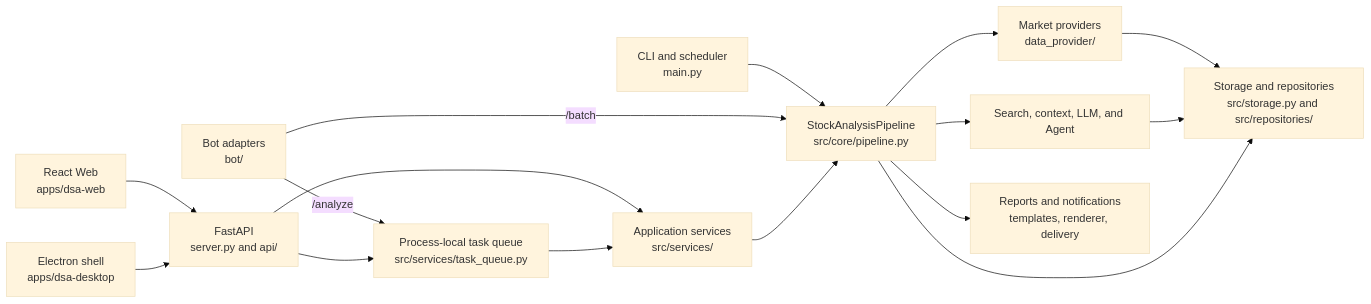
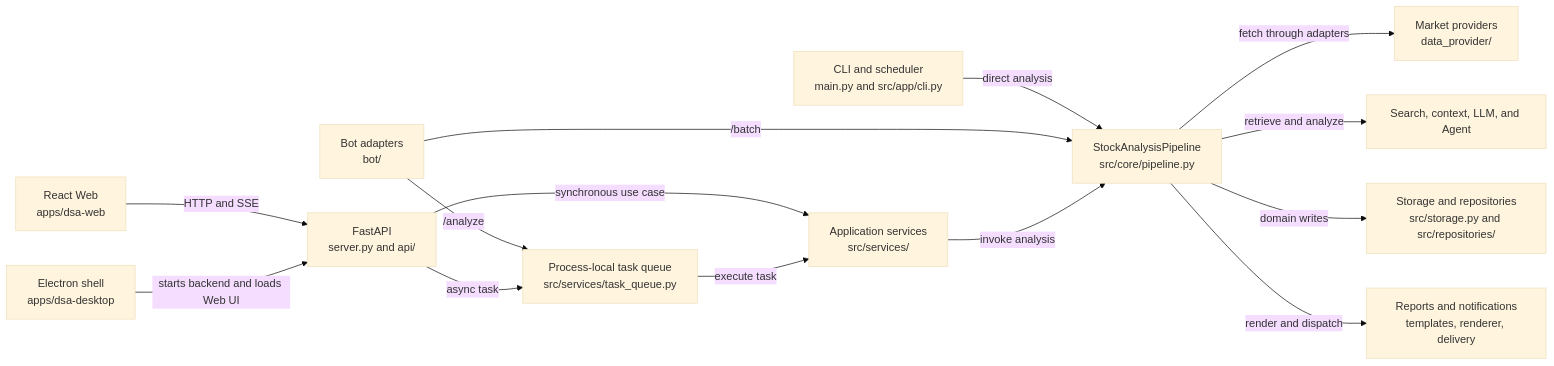
One commit to SiinXu/stock-pulse-ai changed the first of 2 diagrams in docs/architecture-overview.md. Above: the diagram before and after it, drawn with Mermaid (base theme). The commit also changed other lines of this file and 5 other files, not shown here.

Commit message:
docs: separate business and technical architecture views

````diff
--- a/docs/architecture-overview.md
+++ b/docs/architecture-overview.md
@@ -14,18 +28,16 @@
 ```mermaid
 flowchart LR
-  CLI[CLI and scheduler<br/>main.py] --> PIPE
-  WEB[React Web<br/>apps/dsa-web] --> API
-  DESKTOP[Electron shell<br/>apps/dsa-desktop] --> API
+  CLI[CLI and scheduler<br/>main.py and src/app/cli.py] -->|direct analysis| PIPE
+  WEB[React Web<br/>apps/dsa-web] -->|HTTP and SSE| API
+  DESKTOP[Electron shell<br/>apps/dsa-desktop] -->|starts backend and loads Web UI| API
   BOT[Bot adapters<br/>bot/] -->|/analyze| QUEUE
   BOT -->|/batch| PIPE
-  API[FastAPI<br/>server.py and api/] --> QUEUE[Process-local task queue<br/>src/services/task_queue.py]
-  API --> SERVICES[Application services<br/>src/services/]
-  QUEUE --> SERVICES
-  SERVICES --> PIPE[StockAnalysisPipeline<br/>src/core/pipeline.py]
-  PIPE --> DATA[Market providers<br/>data_provider/]
-  PIPE --> INTEL[Search, context, LLM, and Agent]
-  DATA --> STORE[Storage and repositories<br/>src/storage.py and src/repositories/]
-  INTEL --> STORE
-  PIPE --> STORE
-  PIPE --> OUTPUT[Reports and notifications<br/>templates, renderer, delivery]
+  API[FastAPI<br/>server.py and api/] -->|async task| QUEUE[Process-local task queue<br/>src/services/task_queue.py]
+  API -->|synchronous use case| SERVICES[Application services<br/>src/services/]
+  QUEUE -->|execute task| SERVICES
+  SERVICES -->|invoke analysis| PIPE[StockAnalysisPipeline<br/>src/core/pipeline.py]
+  PIPE -->|fetch through adapters| DATA[Market providers<br/>data_provider/]
+  PIPE -->|retrieve and analyze| INTEL[Search, context, LLM, and Agent]
+  PIPE -->|domain writes| STORE[Storage and repositories<br/>src/storage.py and src/repositories/]
+  PIPE -->|render and dispatch| OUTPUT[Reports and notifications<br/>templates, renderer, delivery]
 ```
````
